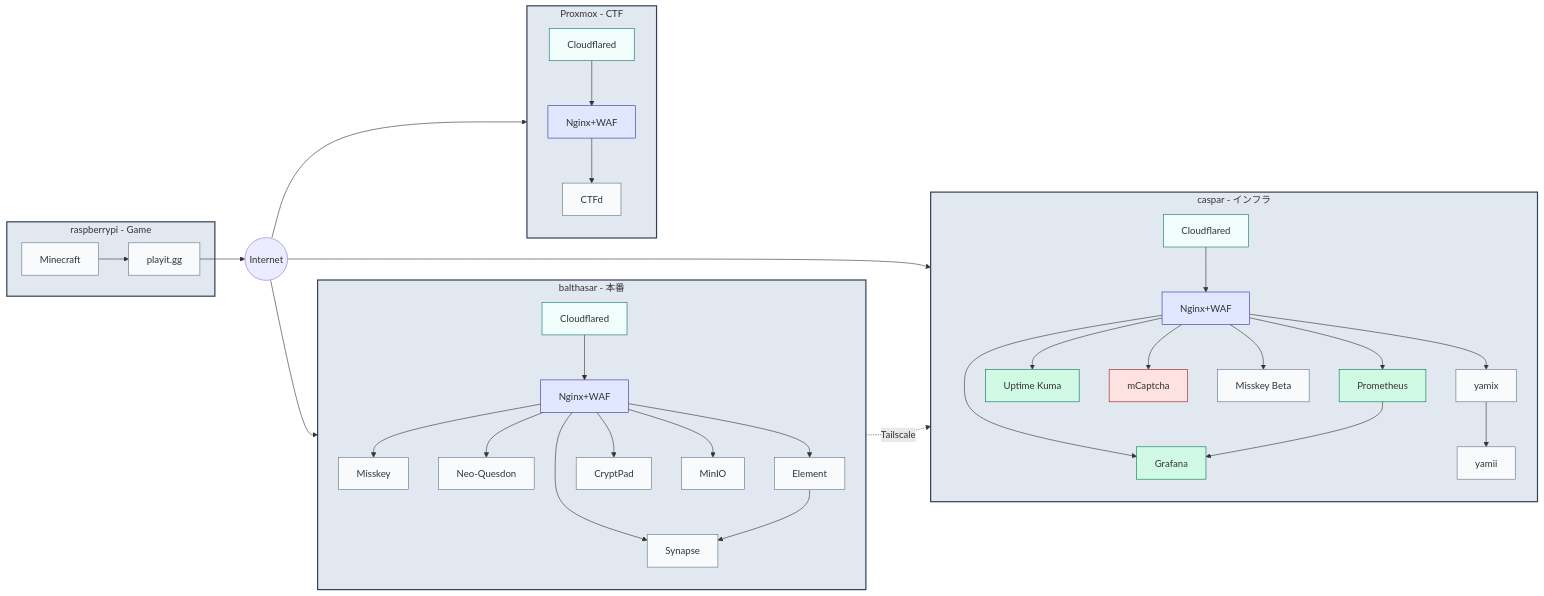
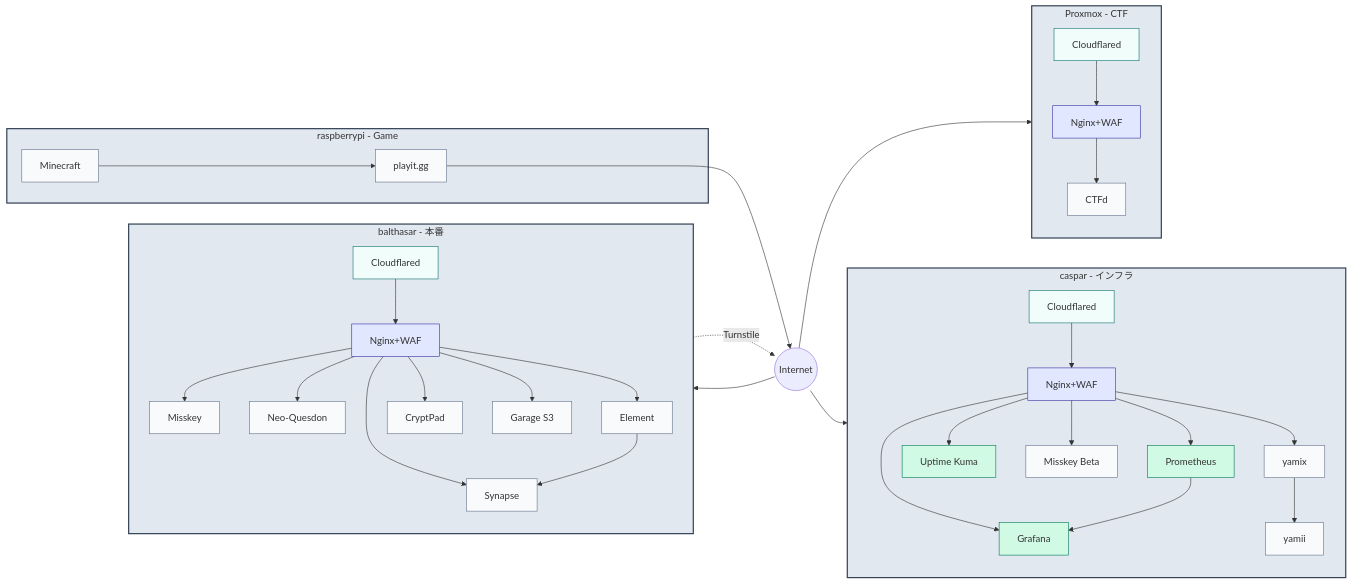
The first of 5 diagrams in README.md (yamisskey-dev/yamisskey-host), drawn with Mermaid before and after one commit. The commit also changed other lines of this file, not shown here.

Commit message:
fix: remove mCaptcha and use Turnstile instead

````diff
--- a/README.md
+++ b/README.md
@@ -5,55 +5,54 @@
 ```mermaid
 graph LR
     classDef server fill:#e2e8f0,stroke:#334155,stroke-width:2px
     classDef cf fill:#f0fdfa,stroke:#0f766e
     classDef proxy fill:#e0e7ff,stroke:#3730a3
     classDef sec fill:#fee2e2,stroke:#991b1b
     classDef mon fill:#d1fae5,stroke:#047857
     classDef svc fill:#f8fafc,stroke:#64748b
 
     internet((Internet))
 
     subgraph balthasar[balthasar - 本番]
         direction TB
         cf_b[Cloudflared]:::cf --> nginx_b[Nginx+WAF]:::proxy
 
         nginx_b --> misskey[Misskey]:::svc
         nginx_b --> neoquesdon[Neo-Quesdon]:::svc
         nginx_b --> synapse[Synapse]:::svc
         nginx_b --> element[Element]:::svc
         nginx_b --> cryptpad[CryptPad]:::svc
-        nginx_b --> minio[MinIO]:::svc
+        nginx_b --> garage[Garage S3]:::svc
     end
 
     subgraph caspar[caspar - インフラ]
         direction TB
         cf_c[Cloudflared]:::cf --> nginx_c[Nginx+WAF]:::proxy
 
         nginx_c --> prometheus[Prometheus]:::mon
         nginx_c --> grafana[Grafana]:::mon
         nginx_c --> uptime[Uptime Kuma]:::mon
-        nginx_c --> mcaptcha[mCaptcha]:::sec
         nginx_c --> misskey_beta[Misskey Beta]:::svc
         nginx_c --> yamix[yamix]:::svc
         yamix --> yamii[yamii]:::svc
     end
 
     subgraph rpi[raspberrypi - Game]
         minecraft[Minecraft]:::svc --> playig[playit.gg]:::svc
     end
 
     subgraph proxmox[Proxmox - CTF]
         direction TB
         cf_p[Cloudflared]:::cf --> nginx_p[Nginx+WAF]:::proxy
         nginx_p --> ctfd[CTFd]:::svc
     end
 
     internet --> cf_b & cf_c & cf_p
     playig --> internet
 
-    misskey -.->|Tailscale| mcaptcha
+    misskey -.->|Turnstile| internet
     element --> synapse
     prometheus --> grafana
 
     class balthasar,caspar,rpi,proxmox server
 ```
````
